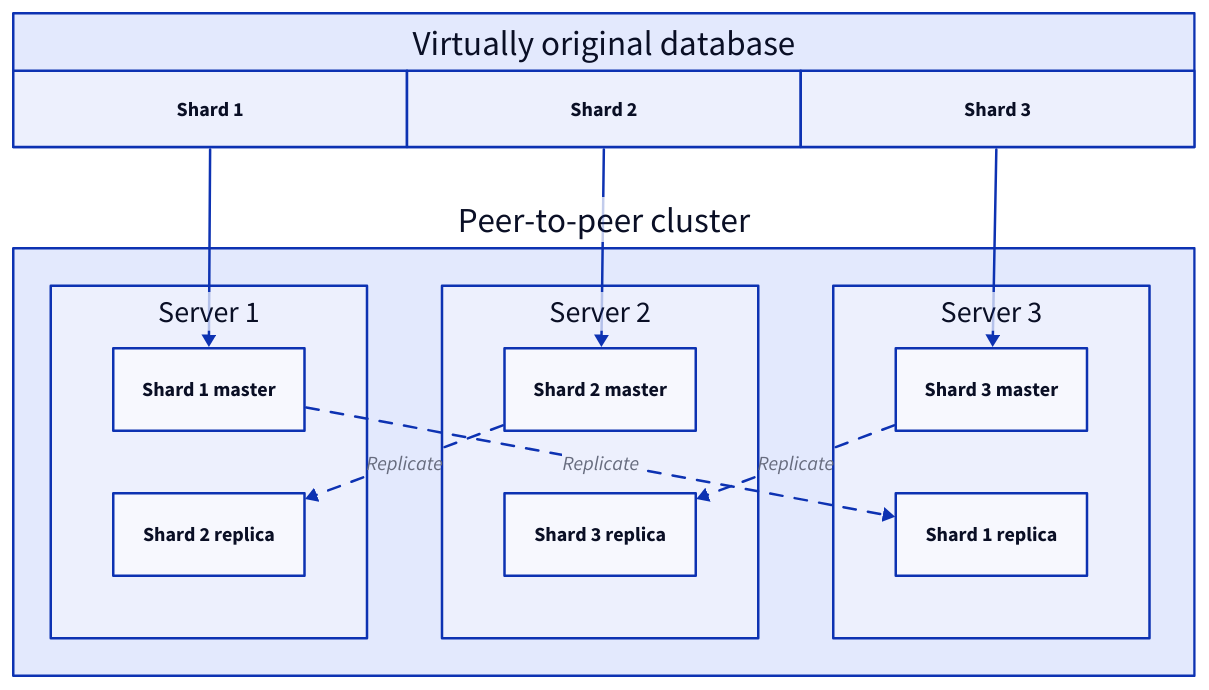
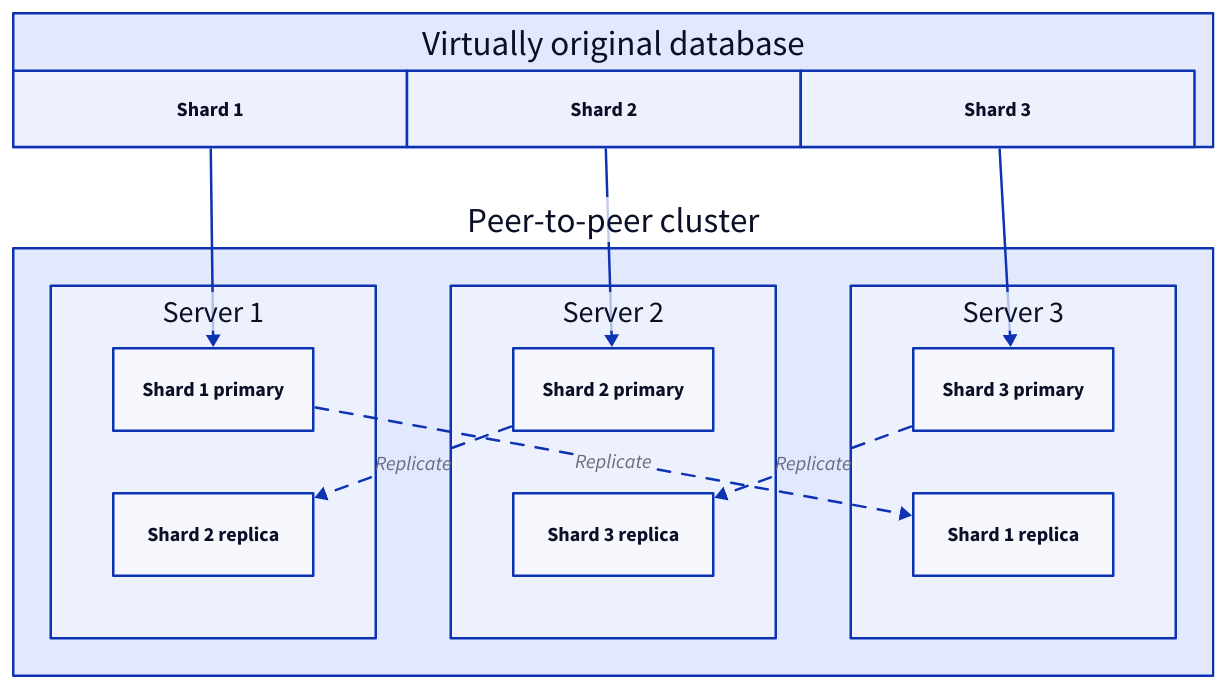
Before and after one commit to link1905/system-design-101: the third of 10 diagrams in content/docs/data-persistence/distributed-database/peer-to-peer-architecture/_index.md, drawn with D2. The commit also changed other lines of this file and 40 other files, not shown here.

````diff
--- a/content/docs/data-persistence/distributed-database/peer-to-peer-architecture/_index.md
+++ b/content/docs/data-persistence/distributed-database/peer-to-peer-architecture/_index.md
@@ -217,55 +240,55 @@
 ```d2
 classes: {
   part: {
       width: 315
   }
 }
 grid-columns: 1
 db: Virtually original database {
   direction: right
   grid-gap: 0
   grid-columns: 3
   p1: Shard 1 {
     class: part
   }
   p2: Shard 2 {
     class: part
   }
   p3: Shard 3 {
     class: part
   }
 }
 
 peer: Peer-to-peer cluster {
   s1: "Server 1" {
     grid-gap: 50
     grid-columns: 1
-    p1: Shard 1 master
+    p1: Shard 1 primary
     p2: Shard 2 replica
   }
   s2: "Server 2" {
     grid-gap: 50
     grid-columns: 1
-    p1: Shard 2 master
+    p1: Shard 2 primary
     p2: Shard 3 replica
   }
   s3: "Server 3" {
     grid-gap: 50
     grid-columns: 1
-    p1: Shard 3 master
+    p1: Shard 3 primary
     p2: Shard 1 replica
   }
   s1.p1 -> s3.p2: Replicate {
     style.animated: true
   }
   s2.p1 -> s1.p2: Replicate {
     style.animated: true
   }
   s3.p1 -> s2.p2: Replicate {
     style.animated: true
   }
 }
 db.p1 -> peer.s1.p1
 db.p2 -> peer.s2.p1
 db.p3 -> peer.s3.p1
 ```
````
